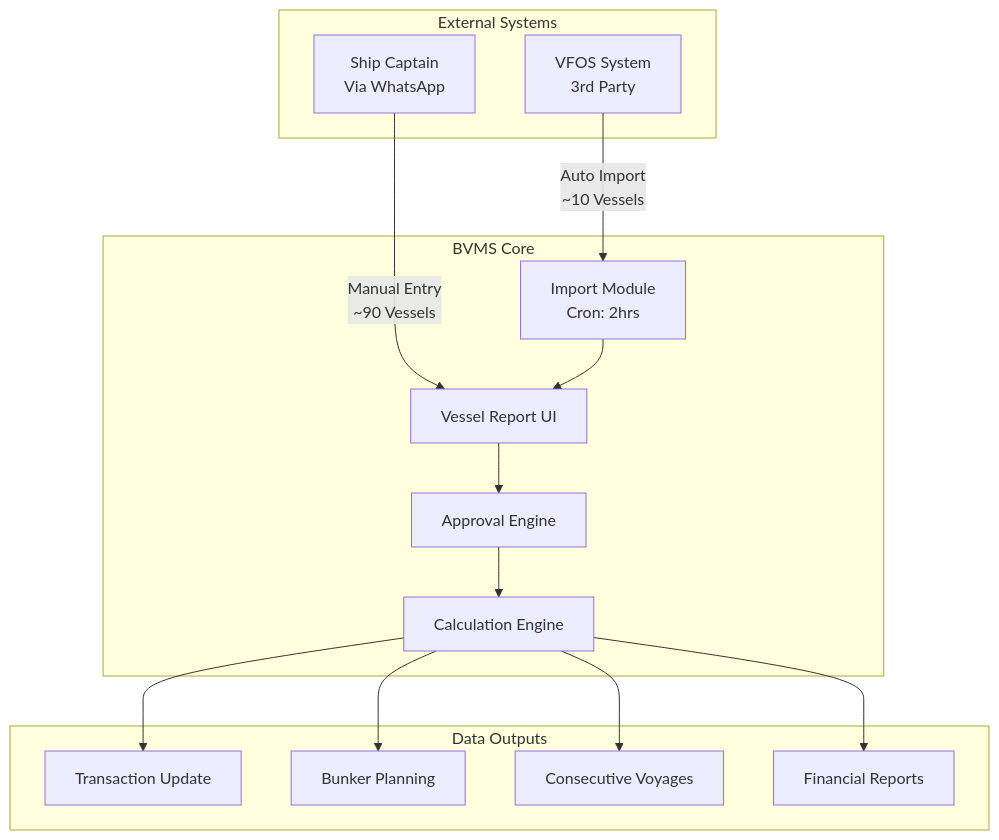
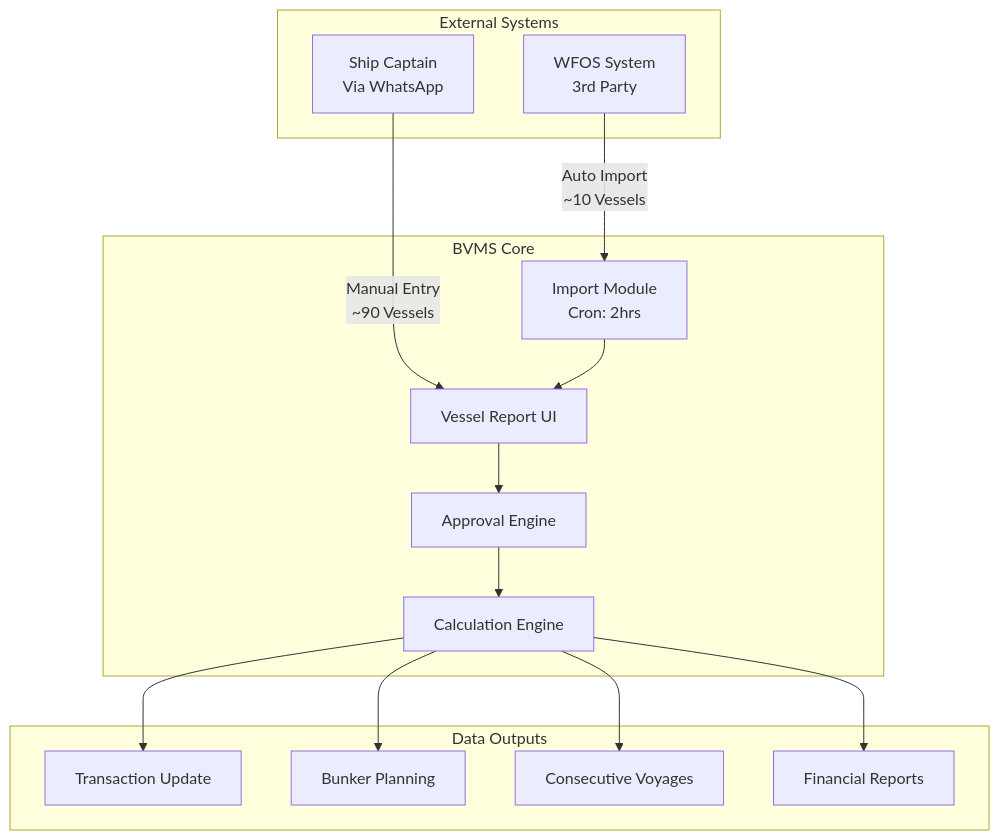
The first of 22 diagrams in transcribe/VesselReport_Final_Documentation.md (NguyenPhamCode4You/ai-home-lab-docker-compose), drawn with Mermaid before and after one commit. The commit also changed other lines of this file, not shown here.

````diff
--- a/transcribe/VesselReport_Final_Documentation.md
+++ b/transcribe/VesselReport_Final_Documentation.md
@@ -49,31 +50,31 @@
 ```mermaid
 graph TB
     subgraph "External Systems"
-        A[VFOS System<br/>3rd Party]
+        A[WFOS System<br/>3rd Party]
         B[Ship Captain<br/>Via WhatsApp]
     end
 
     subgraph "BVMS Core"
         C[Import Module<br/>Cron: 2hrs]
         D[Vessel Report UI]
         E[Approval Engine]
         F[Calculation Engine]
     end
 
     subgraph "Data Outputs"
         G[Transaction Update]
         H[Bunker Planning]
         I[Consecutive Voyages]
         J[Financial Reports]
     end
 
     A -->|Auto Import<br/>~10 Vessels| C
     B -->|Manual Entry<br/>~90 Vessels| D
     C --> D
     D --> E
     E --> F
     F --> G
     F --> H
     F --> I
     F --> J
 ```
````
